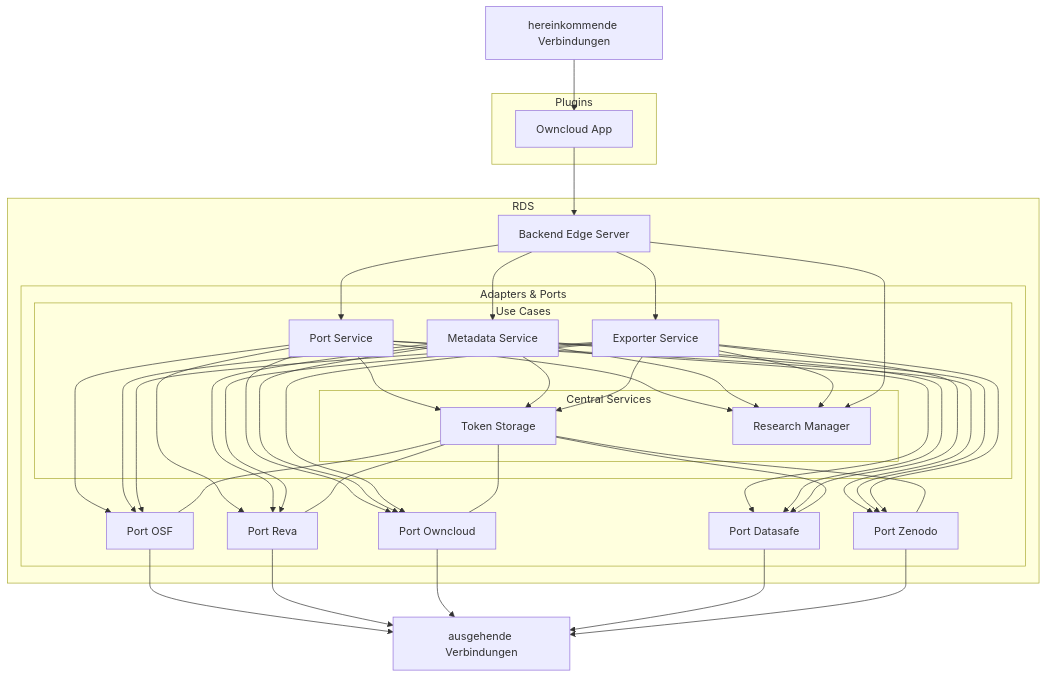
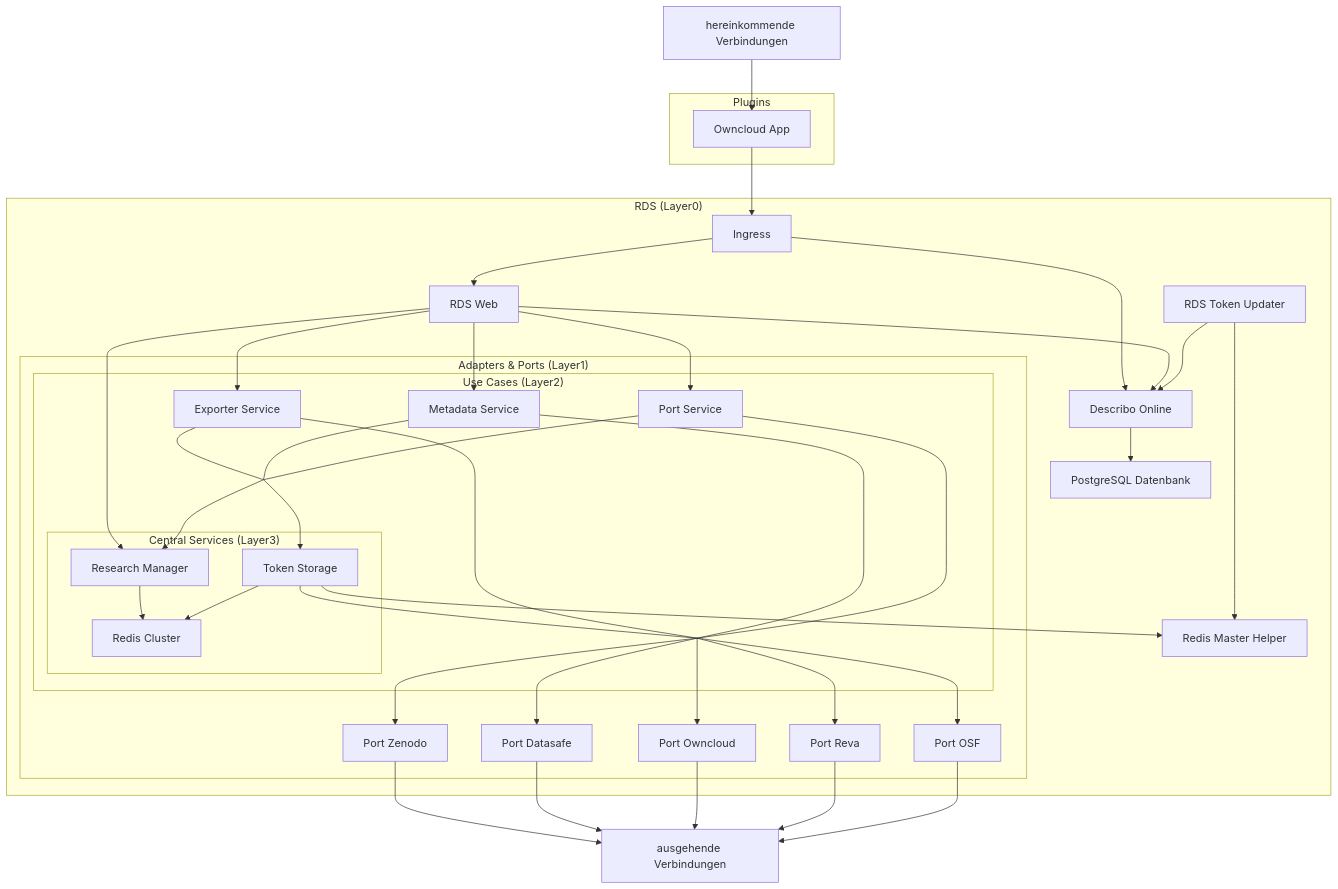
The diagram in docs/content/doc/impl/infrastructure/ecosystem.de.md (Sciebo-RDS/Sciebo-RDS), drawn with Mermaid before and after one commit. The commit also changed 4 other files, not shown here.

Commit message:
fix mermaid, update doc

````diff
--- a/docs/content/doc/impl/infrastructure/ecosystem.de.md
+++ b/docs/content/doc/impl/infrastructure/ecosystem.de.md
@@ -23,29 +23,35 @@
       OP[Owncloud App]
   end
 
-  subgraph RDS
-    Ingress[Backend Edge Server]
+  subgraph "RDS (Layer0)"
+    Ingress[Ingress]
+    Describo[Describo Online]
+    Web[RDS Web]
+    Helper[RDS Token Updater]
+    DescriboDB[PostgreSQL Datenbank]
+    RedisH[Redis Master Helper]
 
-    subgraph Adapters & Ports
-      %% SPAEx[SPA Exporter]
-      %% SPATS[SPA Token Storage]
-
+    subgraph "Adapters & Ports (Layer1)"
       PInvenio[Port Zenodo]
       POwncloud[Port Owncloud]
       POSF[Port OSF]
       PReva[Port Reva]
       PDatasafe[Port Datasafe]
 
-      subgraph Use Cases
+      subgraph "Use Cases (Layer2)"
         UCExporter[Exporter Service]
         UCPort[Port Service]
         UCMetadata[Metadata Service]
         %% UCProject[Project Service]
 
-        subgraph Central Services
+        subgraph "Central Services (Layer3)"
+          Redis[Redis Cluster]
           CSToken[Token Storage]
           CSProject[Research Manager]
         end
+
+        Centralservices(" ")
+        Ports(" ")
       end
     end
   end
@@ -53,35 +59,42 @@
   WWWI[hereinkommende Verbindungen]
   WWWO[ausgehende Verbindungen]
 
-  click OP "/doc/impl/plugins/owncloud/"
+  click OP "/de/doc/impl/plugins/owncloud/"
+  click Describo "https://github.com/Arkisto-Platform/describo-online"
+  click Helper "https://github.com/Sciebo-RDS/RDS-Web/tree/rework/helper"
+  click Web "https://github.com/Sciebo-RDS/RDS-Web"
 
-  click PInvenio "/doc/impl/ports/port-invenio"
-  click POwncloud "/doc/impl/ports/port-storage"
+  click PInvenio "/de/doc/impl/ports/port-invenio"
+  click POwncloud "/de/doc/impl/ports/port-storage"
   click PReva "https://github.com/Sciebo-RDS/port-reva"
-  click POSF "/doc/impl/ports/port-osf"
+  click POSF "/de/doc/impl/ports/port-osf"
   click PDatasafe "https://github.com/Sciebo-RDS/port_datasafe"
 
-  click UCPort "/doc/impl/use-cases/port-service"
-  click UCExporter "/doc/impl/use-cases/exporter"
-  click UCMetadata "/doc/impl/use-cases/metadata"
+  click UCPort "/de/doc/impl/use-cases/port-service"
+  click UCExporter "/de/doc/impl/use-cases/exporter"
+  click UCMetadata "/de/doc/impl/use-cases/metadata"
 
-  click CSProject "/doc/impl/central/research-manager"
-  click CSToken ""/doc/impl/central/token-storage""
+  click CSProject "/de/doc/impl/central/research-manager"
+  click CSToken "/de/doc/impl/central/token-storage"
 
   %% define connections
   WWWI --> OP
-  OP --> Ingress
+  OP --> Ingress --> Describo & Web
 
-  %% Ingress --> SPAEx --> UCExporter
-  %% Ingress --> SPATS --> CSToken
-  %% Ingress -->|Nur für die Registration von neuen Tokens| ARegister
-  Ingress --> CSProject & UCExporter & UCMetadata & UCPort
+  Web --> CSProject & UCExporter & UCMetadata & UCPort & Describo
+  CSToken & UCExporter & UCMetadata & UCPort --- Ports
+  UCExporter & UCMetadata & UCPort --- Centralservices
+  Ports --> PInvenio & POwncloud & PReva & POSF & PDatasafe
+  Centralservices --> CSProject & CSToken
 
-  %% UCExporter --> UCProject
-  %% UCProject --> CSProject
+  CSProject --> Redis
 
-  CSToken --- PInvenio & POwncloud & PReva & POSF & PDatasafe
-  UCExporter & UCMetadata & UCPort --> PInvenio & POwncloud & PReva & POSF & PDatasafe & CSProject & CSToken
+  Helper --> Describo & RedisH
+  CSToken --> RedisH & Redis
+  Describo --> DescriboDB
 
   PInvenio & PDatasafe & POwncloud & PReva & POSF --> WWWO
+
+classDef SkipLevel width:0px;
+class Ports,Centralservices SkipLevel
 ```
````
